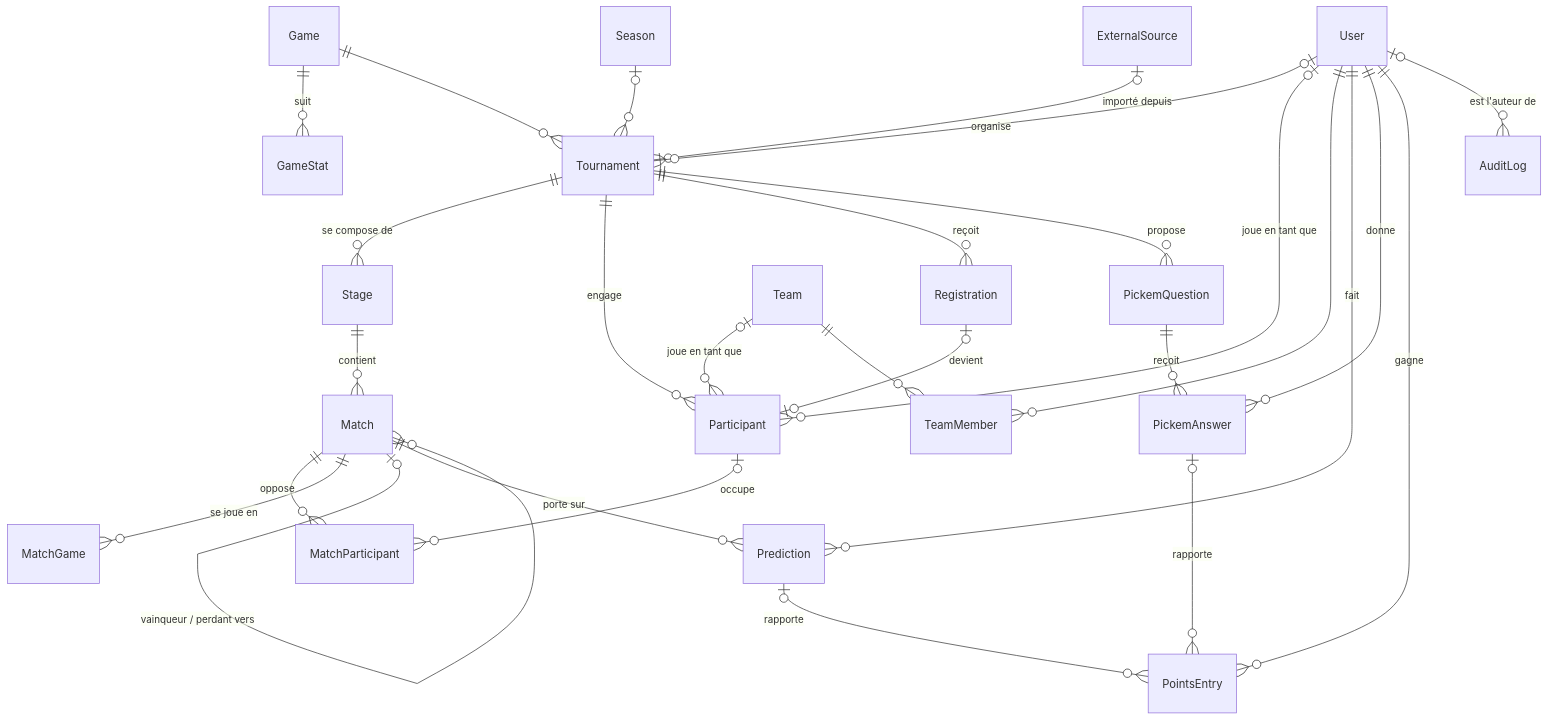
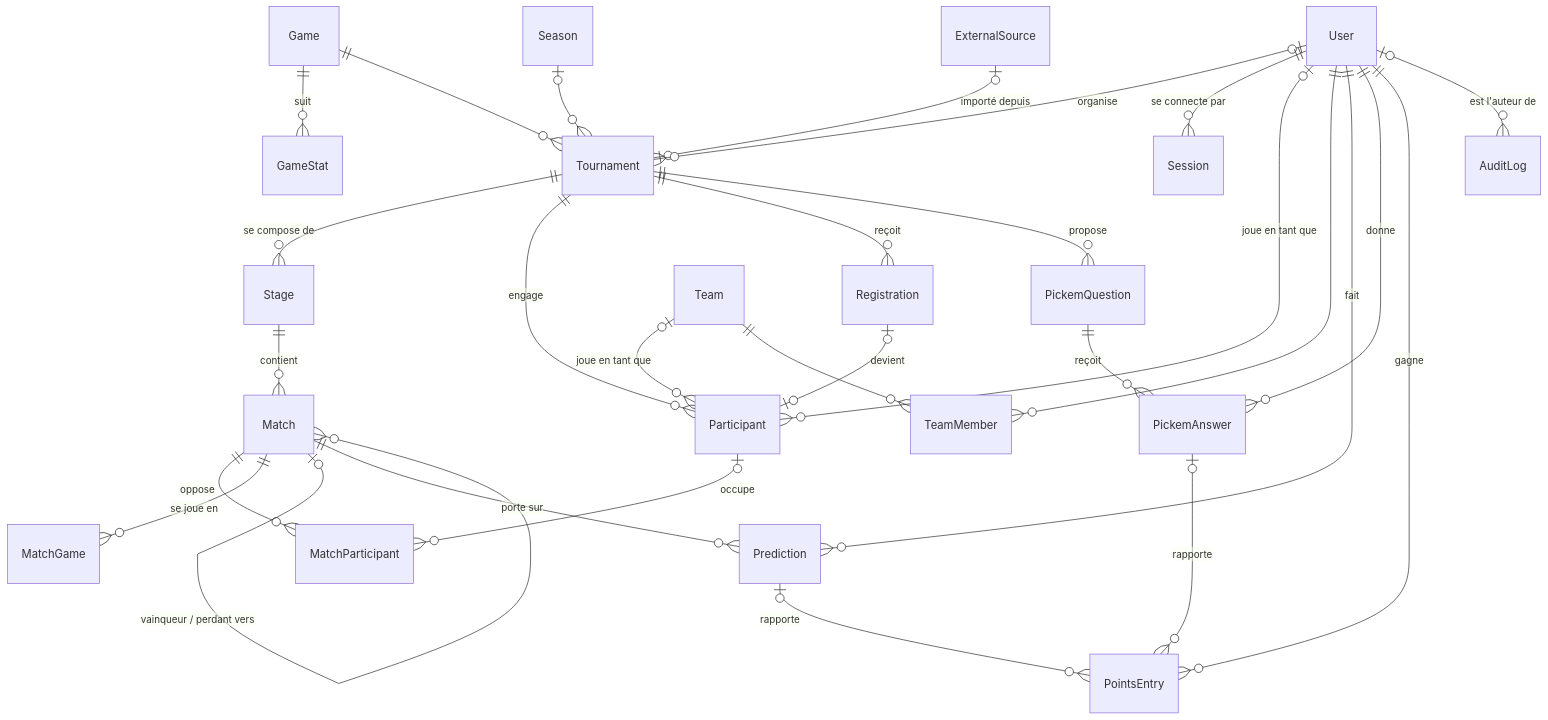
The diagram in docs/technique/modele-donnees.md (KCeldoublepied/epickem), drawn with Mermaid before and after one commit. The commit also changed other lines of this file and 29 other files, not shown here.

````diff
--- a/docs/technique/modele-donnees.md
+++ b/docs/technique/modele-donnees.md
@@ -33,34 +33,35 @@
 ```mermaid
 erDiagram
   Game ||--o{ GameStat : "suit"
   Game ||--o{ Tournament : ""
   Season |o--o{ Tournament : ""
   ExternalSource |o--o| Tournament : "importé depuis"
   User |o--o{ Tournament : "organise"
+  User ||--o{ Session : "se connecte par"
 
   Tournament ||--o{ Stage : "se compose de"
   Tournament ||--o{ Participant : "engage"
   Tournament ||--o{ Registration : "reçoit"
   Stage ||--o{ Match : "contient"
   Match ||--o{ MatchParticipant : "oppose"
   Participant |o--o{ MatchParticipant : "occupe"
   Match ||--o{ MatchGame : "se joue en"
   Match |o--o{ Match : "vainqueur / perdant vers"
 
   User |o--o{ Participant : "joue en tant que"
   Team |o--o{ Participant : "joue en tant que"
   User ||--o{ TeamMember : ""
   Team ||--o{ TeamMember : ""
   Registration |o--o| Participant : "devient"
 
   User ||--o{ Prediction : "fait"
   Match ||--o{ Prediction : "porte sur"
   Tournament ||--o{ PickemQuestion : "propose"
   PickemQuestion ||--o{ PickemAnswer : "reçoit"
   User ||--o{ PickemAnswer : "donne"
 
   User ||--o{ PointsEntry : "gagne"
   Prediction |o--o{ PointsEntry : "rapporte"
   PickemAnswer |o--o{ PointsEntry : "rapporte"
   User |o--o{ AuditLog : "est l'auteur de"
 ```
````
